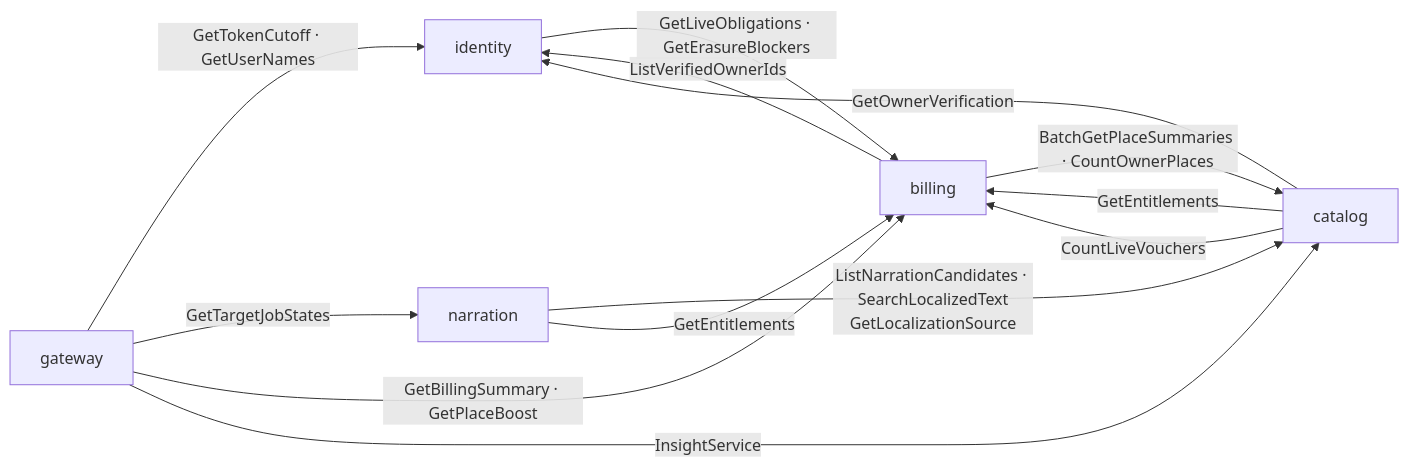
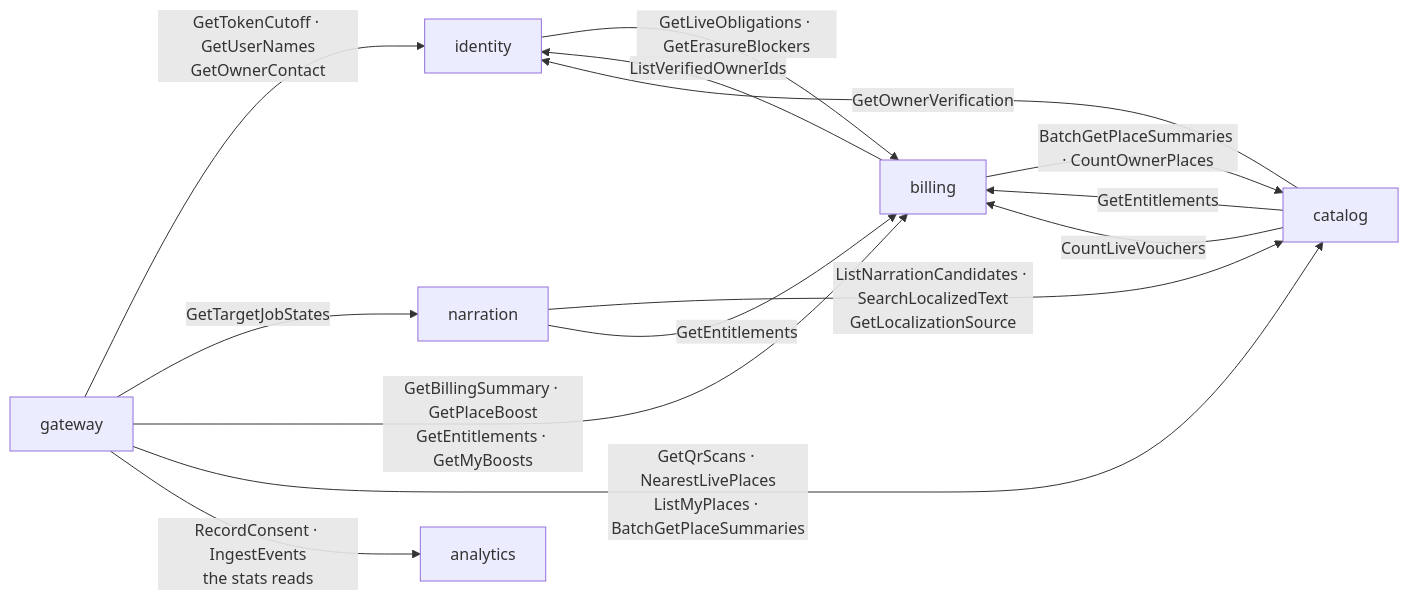
One commit to dungtq2k5/wayfare changed the third of 4 diagrams in docs/reference/sys-flows.md. Above: the diagram before and after it, drawn with Mermaid. The commit also changed other lines of this file and 11 other files, not shown here.

````diff
--- a/docs/reference/sys-flows.md
+++ b/docs/reference/sys-flows.md
@@ -90,21 +91,23 @@
 ```mermaid
 graph LR
   G[gateway]
   I[identity]
   CA[catalog]
   N[narration]
   B[billing]
+  A[analytics]
 
-  G -- GetTokenCutoff · GetUserNames --> I
+  G -- GetTokenCutoff · GetUserNames<br/>GetOwnerContact --> I
   G -- GetTargetJobStates --> N
-  G -- GetBillingSummary · GetPlaceBoost --> B
-  G -- InsightService --> CA
+  G -- GetBillingSummary · GetPlaceBoost<br/>GetEntitlements · GetMyBoosts --> B
+  G -- GetQrScans · NearestLivePlaces<br/>ListMyPlaces · BatchGetPlaceSummaries --> CA
+  G -- RecordConsent · IngestEvents<br/>the stats reads --> A
 
   CA -- GetOwnerVerification --> I
   B -- ListVerifiedOwnerIds --> I
   B -- BatchGetPlaceSummaries · CountOwnerPlaces --> CA
   N -- ListNarrationCandidates · SearchLocalizedText<br/>GetLocalizationSource --> CA
   CA & N -- GetEntitlements --> B
   I -- GetLiveObligations · GetErasureBlockers --> B
   CA -- CountLiveVouchers --> B
 ```
````
